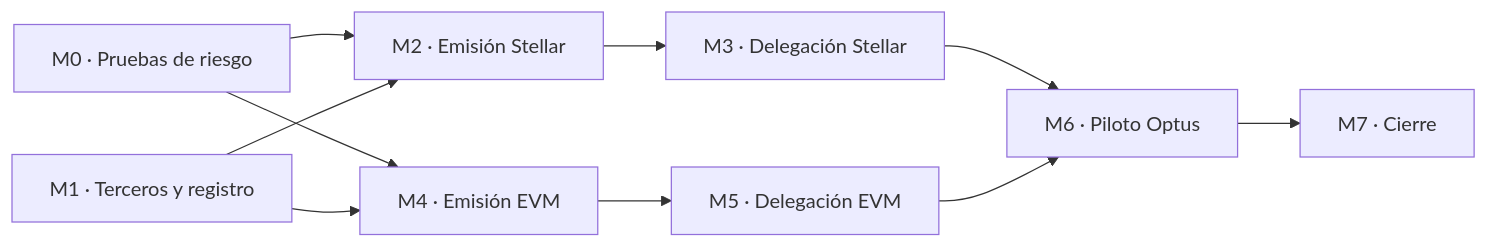
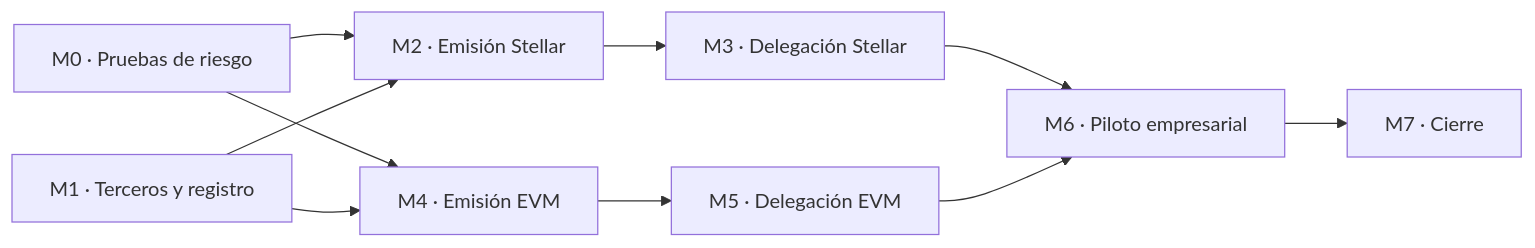
Before and after one commit to TilcAI/documentation: the second of 2 diagrams in TILCAI_FASE_SCA_EMISION_DE_CUENTAS_2026-10-06.md, drawn with Mermaid. The commit also changed other lines of this file and 1 other file, not shown here.

````diff
--- a/TILCAI_FASE_SCA_EMISION_DE_CUENTAS_2026-10-06.md
+++ b/TILCAI_FASE_SCA_EMISION_DE_CUENTAS_2026-10-06.md
@@ -264,10 +264,10 @@
 ```mermaid
 flowchart LR
     M0["M0 · Pruebas de riesgo"] --> M2["M2 · Emisión Stellar"]
     M1["M1 · Terceros y registro"] --> M2 --> M3["M3 · Delegación Stellar"]
     M0 --> M4["M4 · Emisión EVM"]
     M1 --> M4 --> M5["M5 · Delegación EVM"]
-    M3 --> M6["M6 · Piloto Optus"]
+    M3 --> M6["M6 · Piloto empresarial"]
     M5 --> M6
     M6 --> M7["M7 · Cierre"]
 ```
````
